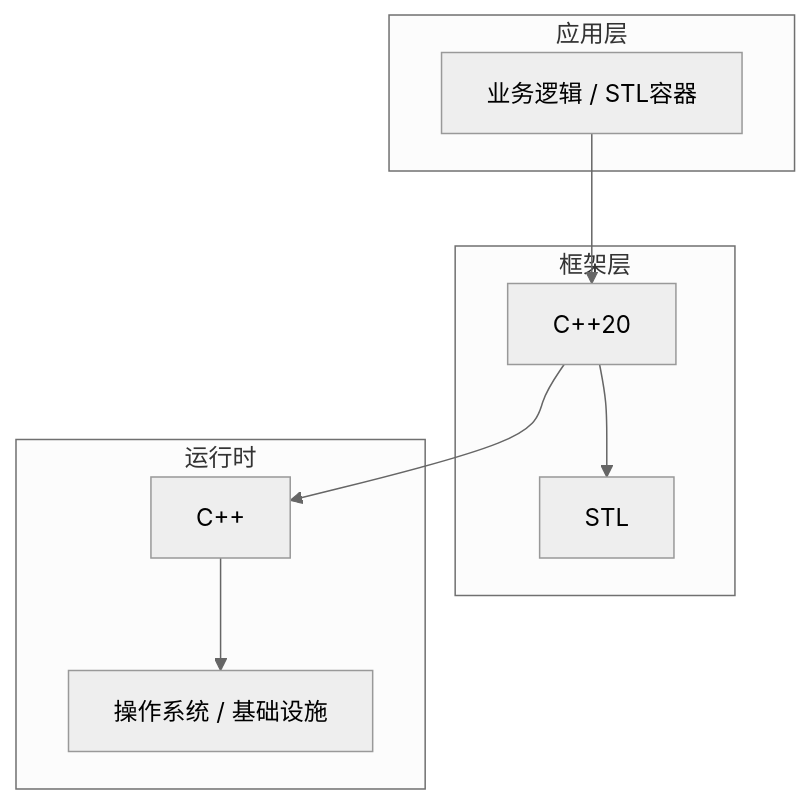
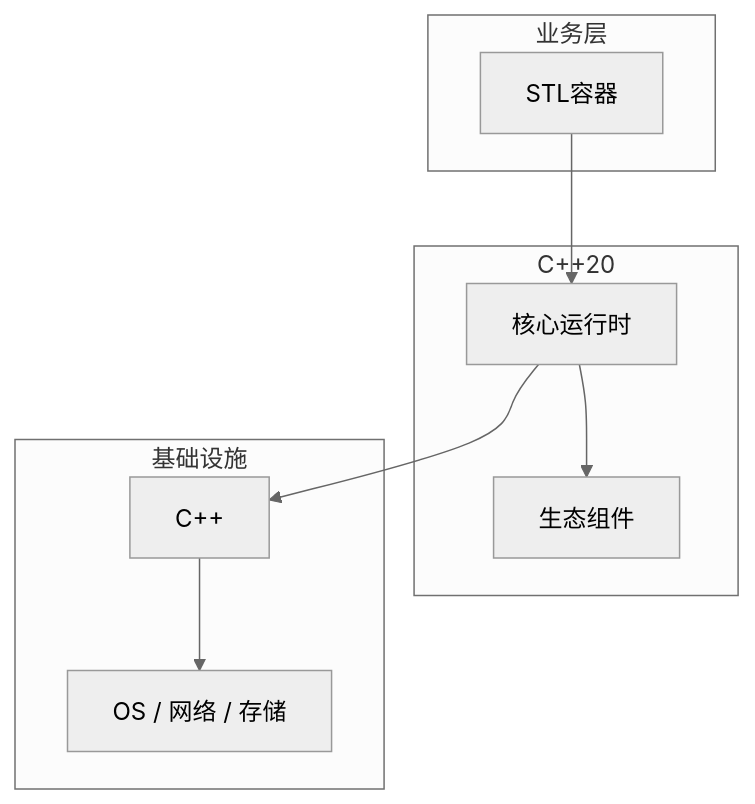
The diagram in articles/C++/chapters/071-STL容器核心概念与原理.md (yanggan2015/knowledge-json-v2), drawn with Mermaid (neutral theme) before and after one commit. The commit also changed other lines of this file and 10127 other files, not shown here.

````diff
--- a/articles/C++/chapters/071-STL容器核心概念与原理.md
+++ b/articles/C++/chapters/071-STL容器核心概念与原理.md
@@ -45,18 +34,18 @@
 ```mermaid
 graph TB
-    subgraph 应用层
-        A[业务逻辑 / STL容器]
+    subgraph 业务层
+        A[STL容器]
     end
-    subgraph 框架层
-        B[C++20]
-        C[STL]
+    subgraph C++20
+        B[核心运行时]
+        C[生态组件]
     end
-    subgraph 运行时
+    subgraph 基础设施
         D[C++]
-        E[操作系统 / 基础设施]
+        E[OS / 网络 / 存储]
     end
     A --> B
     B --> C
     B --> D
     D --> E
 ```
````
